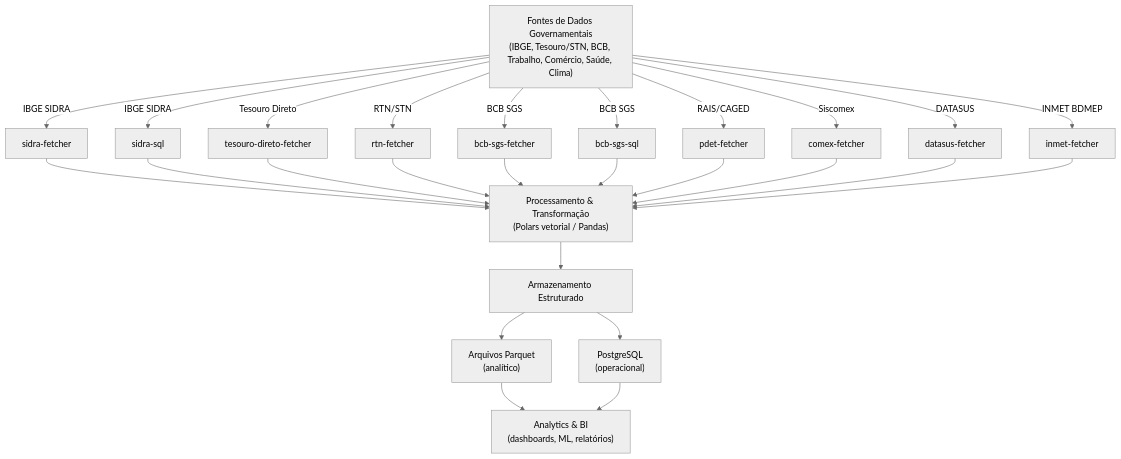
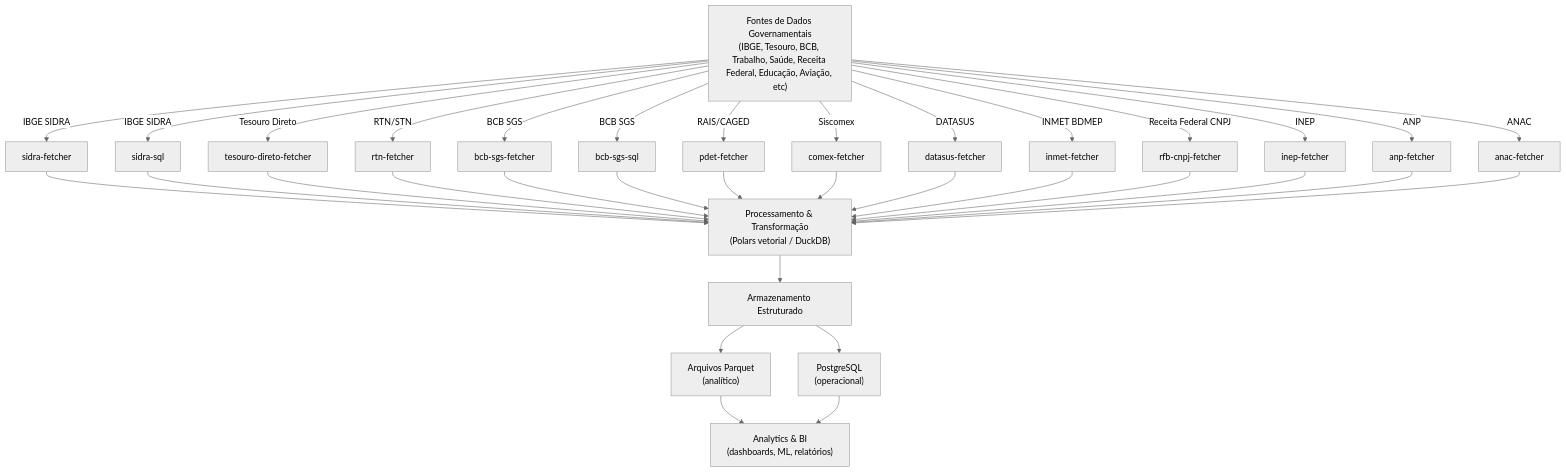
Before and after one commit to Quantilica/docs: the diagram in docs/concepts/arquitetura.md, drawn with Mermaid (neutral theme). The commit also changed other lines of this file and 19 other files, not shown here.

Commit message:
docs: massive rewrite to standard (CLI unified, Polars cookbooks, warnings, architecture)

````diff
--- a/docs/concepts/arquitetura.md
+++ b/docs/concepts/arquitetura.md
@@ -7,33 +7,41 @@
 ```mermaid
 graph TD
-    Sources["Fontes de Dados Governamentais<br/>(IBGE, Tesouro/STN, BCB, Trabalho, Comércio, Saúde, Clima)"]
+    Sources["Fontes de Dados Governamentais<br/>(IBGE, Tesouro, BCB, Trabalho, Saúde, Receita Federal, Educação, Aviação, etc)"]
 
     Sources -->|IBGE SIDRA| SF["sidra-fetcher"]
     Sources -->|IBGE SIDRA| SQL["sidra-sql"]
     Sources -->|Tesouro Direto| TD["tesouro-direto-fetcher"]
     Sources -->|RTN/STN| RTN["rtn-fetcher"]
     Sources -->|BCB SGS| BCB["bcb-sgs-fetcher"]
     Sources -->|BCB SGS| BCBSQL["bcb-sgs-sql"]
     Sources -->|RAIS/CAGED| PD["pdet-fetcher"]
     Sources -->|Siscomex| CX["comex-fetcher"]
     Sources -->|DATASUS| DS["datasus-fetcher"]
     Sources -->|INMET BDMEP| IN["inmet-fetcher"]
+    Sources -->|Receita Federal CNPJ| RFB["rfb-cnpj-fetcher"]
+    Sources -->|INEP| INEP["inep-fetcher"]
+    Sources -->|ANP| ANP["anp-fetcher"]
+    Sources -->|ANAC| ANAC["anac-fetcher"]
 
-    SF --> Processing["Processamento & Transformação<br/>(Polars vetorial / Pandas)"]
+    SF --> Processing["Processamento & Transformação<br/>(Polars vetorial / DuckDB)"]
     SQL --> Processing
     TD --> Processing
     RTN --> Processing
     BCB --> Processing
     BCBSQL --> Processing
     PD --> Processing
     CX --> Processing
     DS --> Processing
     IN --> Processing
+    RFB --> Processing
+    INEP --> Processing
+    ANP --> Processing
+    ANAC --> Processing
 
     Processing --> Storage["Armazenamento Estruturado"]
     Storage --> PQ["Arquivos Parquet<br/>(analítico)"]
     Storage --> PG["PostgreSQL<br/>(operacional)"]
 
     PQ --> Analytics["Analytics & BI<br/>(dashboards, ML, relatórios)"]
     PG --> Analytics
 ```
````
